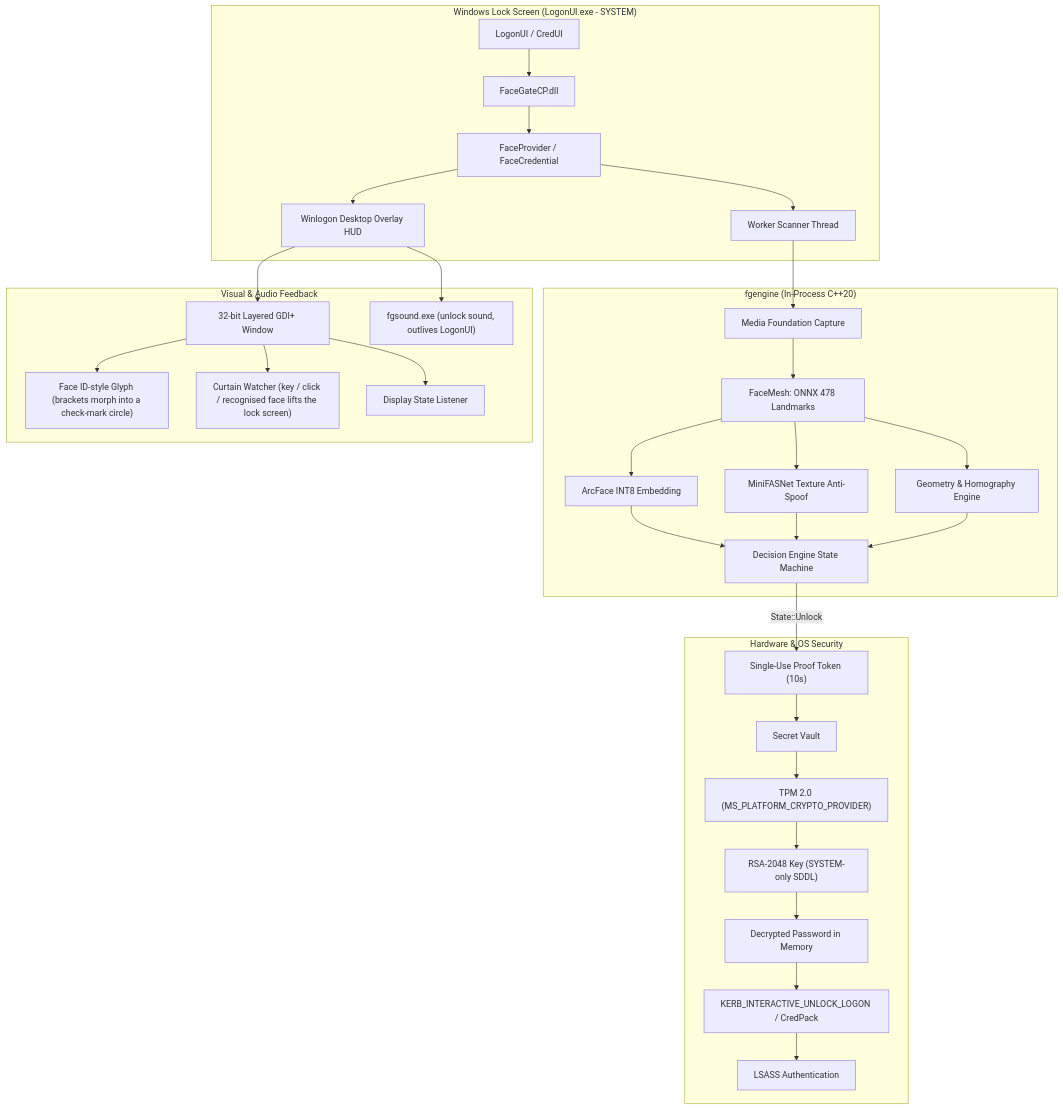
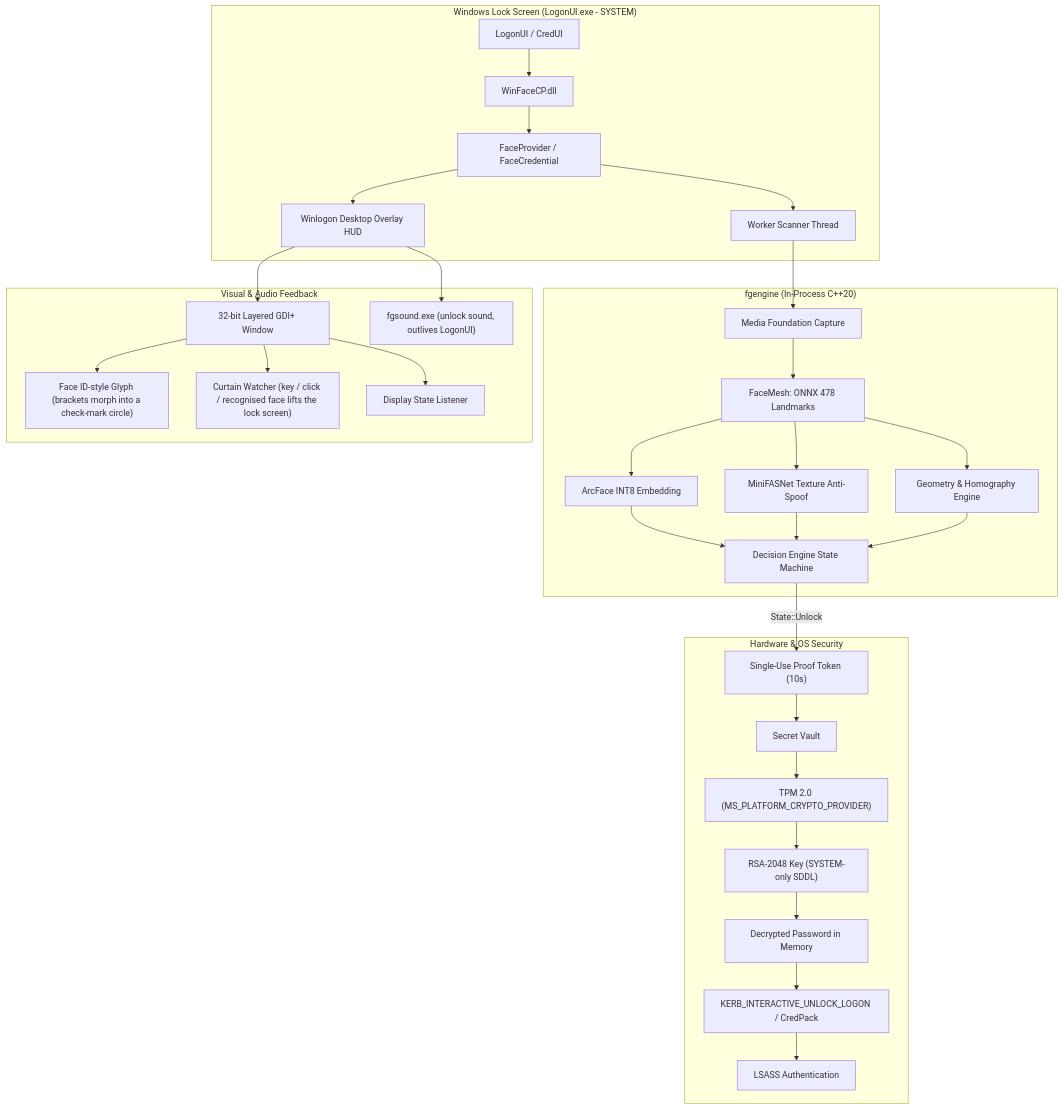
One commit to nyxri0f8/winface changed the first of 2 diagrams in README.md. Above: the diagram before and after it, drawn with Mermaid. The commit also changed other lines of this file and 76 other files, not shown here.

````diff
--- a/README.md
+++ b/README.md
@@ -110,36 +114,36 @@
 ```mermaid
 flowchart TD
     subgraph LockScreen ["Windows Lock Screen (LogonUI.exe - SYSTEM)"]
-        A[LogonUI / CredUI] --> B[FaceGateCP.dll]
+        A[LogonUI / CredUI] --> B[WinFaceCP.dll]
         B --> C[FaceProvider / FaceCredential]
         C --> D[Worker Scanner Thread]
         C --> E[Winlogon Desktop Overlay HUD]
     end
 
     subgraph Engine ["fgengine (In-Process C++20)"]
         D --> F[Media Foundation Capture]
         F --> G[FaceMesh: ONNX 478 Landmarks]
         G --> H[ArcFace INT8 Embedding]
         G --> I[MiniFASNet Texture Anti-Spoof]
         G --> J[Geometry & Homography Engine]
         H & I & J --> K[Decision Engine State Machine]
     end
 
     subgraph SecurityVault ["Hardware & OS Security"]
         K -- "State::Unlock" --> L["Single-Use Proof Token (10s)"]
         L --> M[Secret Vault]
         M --> N["TPM 2.0 (MS_PLATFORM_CRYPTO_PROVIDER)"]
         N --> O["RSA-2048 Key (SYSTEM-only SDDL)"]
         O --> P[Decrypted Password in Memory]
         P --> Q[KERB_INTERACTIVE_UNLOCK_LOGON / CredPack]
         Q --> R[LSASS Authentication]
     end
 
     subgraph Display ["Visual & Audio Feedback"]
         E --> S[32-bit Layered GDI+ Window]
         S --> T["Face ID-style Glyph (brackets morph into a check-mark circle)"]
         S --> U["Curtain Watcher (key / click / recognised face lifts the lock screen)"]
         S --> V[Display State Listener]
         E --> W["fgsound.exe (unlock sound, outlives LogonUI)"]
     end
 ```
````
